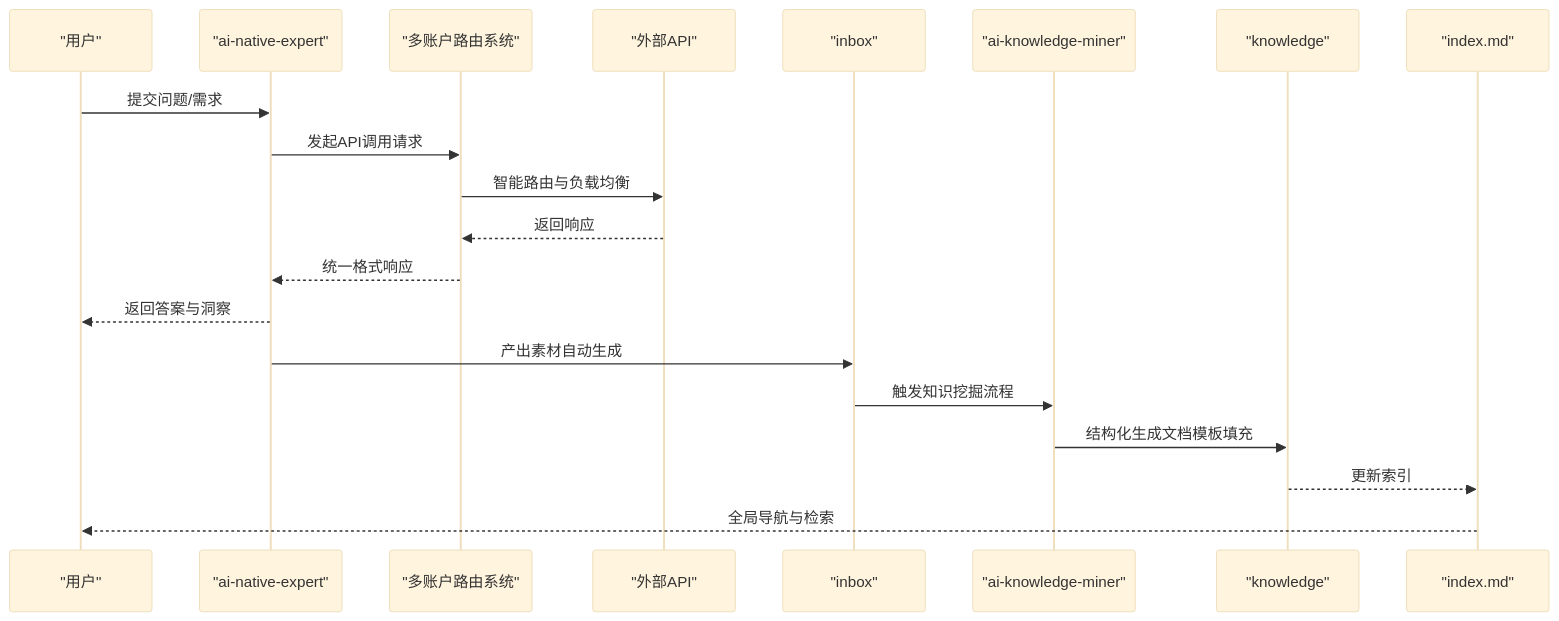
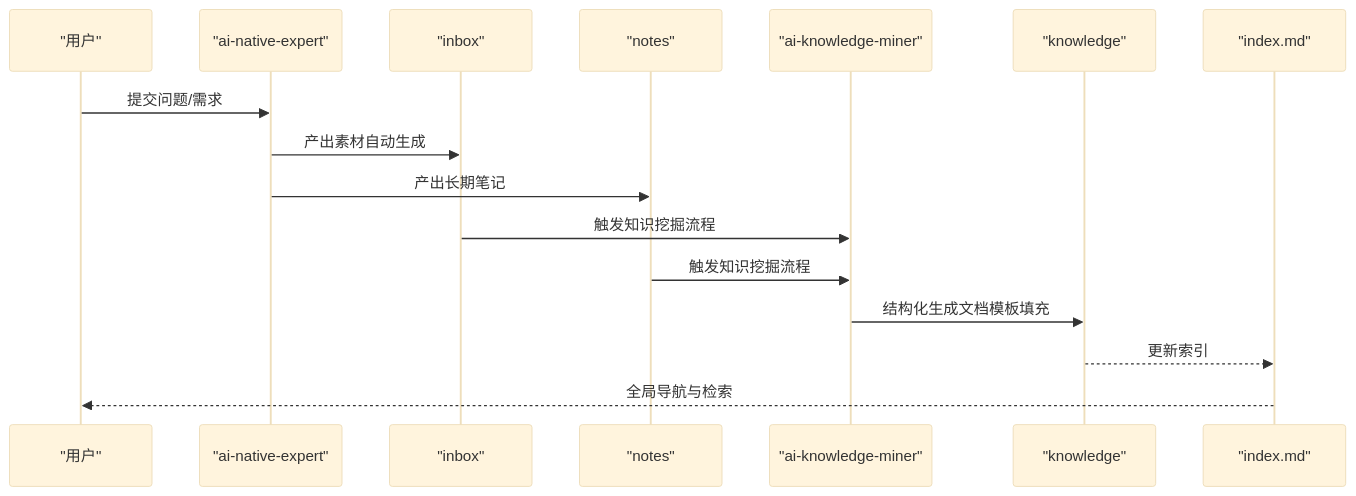
The second of 3 diagrams in .qoder/repowiki/zh/content/项目概述.md (EthanNiWorld/AI-Native-SA-2026), drawn with Mermaid (base theme) before and after one commit. The commit also changed other lines of this file and 21 other files, not shown here.

````diff
--- a/.qoder/repowiki/zh/content/项目概述.md
+++ b/.qoder/repowiki/zh/content/项目概述.md
@@ -119,22 +107,18 @@
 ```mermaid
 sequenceDiagram
 participant U as "用户"
 participant Expert as "ai-native-expert"
-participant Router as "多账户路由系统"
-participant API as "外部API"
 participant Inbox as "inbox"
+participant Notes as "notes"
 participant Miner as "ai-knowledge-miner"
 participant KB as "knowledge"
 participant IDX as "index.md"
 U->>Expert : 提交问题/需求
-Expert->>Router : 发起API调用请求
-Router->>API : 智能路由与负载均衡
-API-->>Router : 返回响应
-Router-->>Expert : 统一格式响应
-Expert-->>U : 返回答案与洞察
 Expert->>Inbox : 产出素材自动生成
+Expert->>Notes : 产出长期笔记
 Inbox->>Miner : 触发知识挖掘流程
+Notes->>Miner : 触发知识挖掘流程
 Miner->>KB : 结构化生成文档模板填充
 KB-->>IDX : 更新索引
 IDX-->>U : 全局导航与检索
 ```
````
